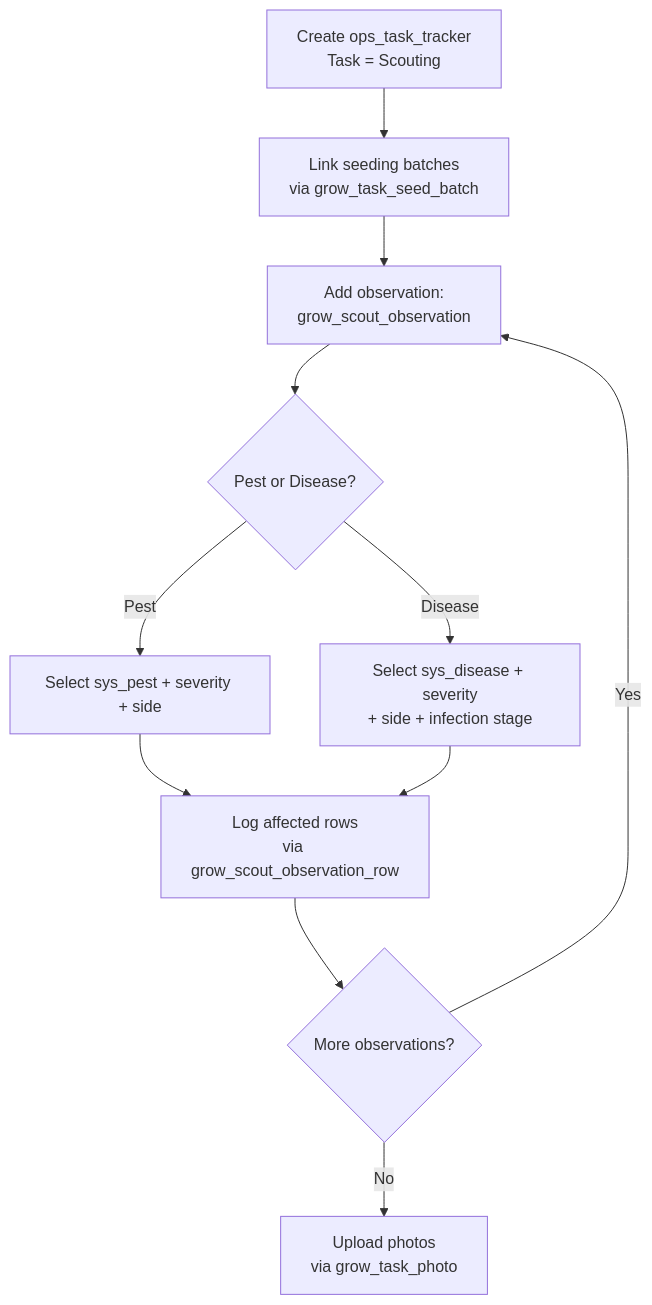
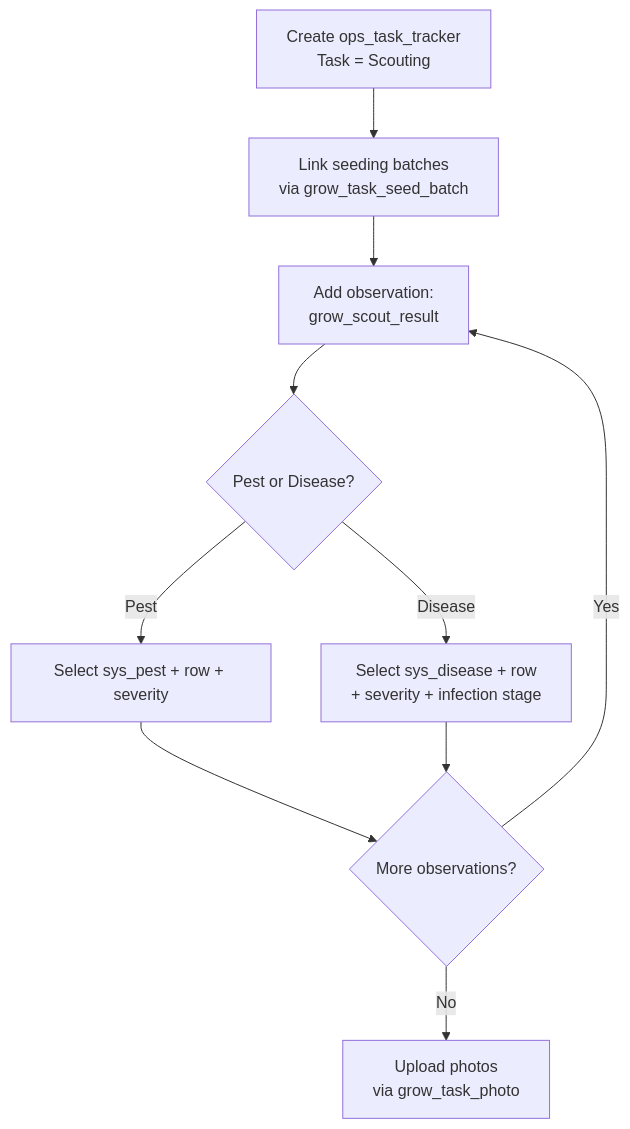
One commit to Hawaii-Farming/aloha-app changed the diagram in docs/processes/20260327_05_grow_scouting_workflow.md. Above: the diagram before and after it, drawn with Mermaid. The commit also changed other lines of this file and 16 other files, not shown here.

First line of the commit message:
Rename observation/reading/inspection tables to result pattern

````diff
--- a/docs/processes/20260327_05_grow_scouting_workflow.md
+++ b/docs/processes/20260327_05_grow_scouting_workflow.md
@@ -49,13 +50,12 @@
 ```mermaid
 flowchart TD
     A[Create ops_task_tracker\nTask = Scouting] --> B[Link seeding batches\nvia grow_task_seed_batch]
-    B --> C[Add observation:\ngrow_scout_observation]
+    B --> C[Add observation:\ngrow_scout_result]
     C --> D{Pest or Disease?}
-    D -->|Pest| E[Select sys_pest + severity + side]
-    D -->|Disease| F[Select sys_disease + severity\n+ side + infection stage]
-    E --> G[Log affected rows\nvia grow_scout_observation_row]
+    D -->|Pest| E[Select sys_pest + row + severity]
+    D -->|Disease| F[Select sys_disease + row\n+ severity + infection stage]
+    E --> G{More observations?}
     F --> G
-    G --> H{More observations?}
-    H -->|Yes| C
-    H -->|No| I[Upload photos\nvia grow_task_photo]
+    G -->|Yes| C
+    G -->|No| H[Upload photos\nvia grow_task_photo]
 ```
````
